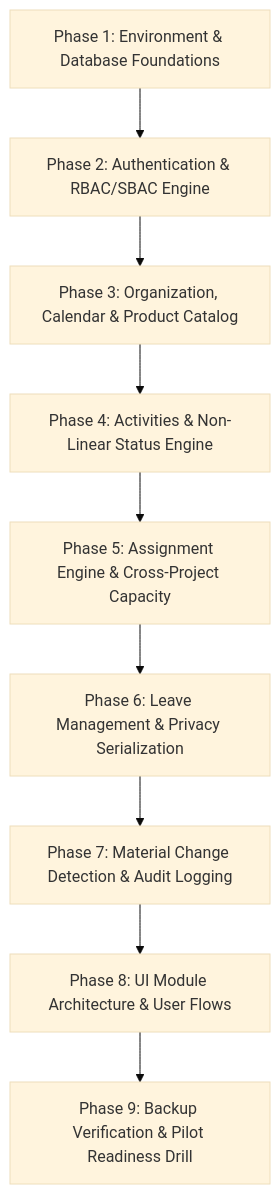
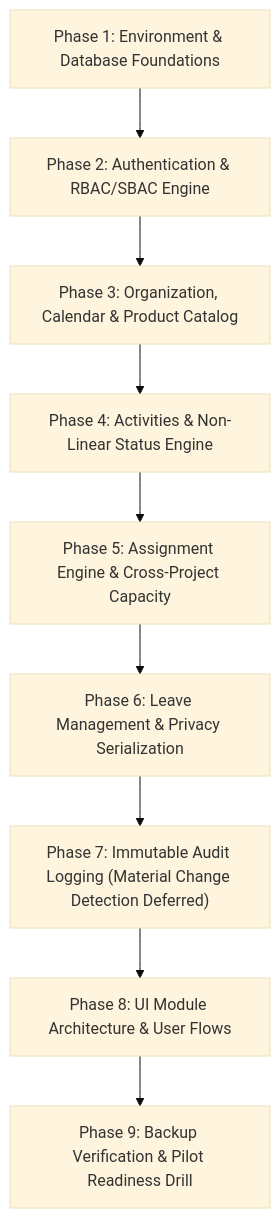
Before and after one commit to vivekaiworkspace/automotive-project-resource-management: the diagram in docs/IMPLEMENTATION_PLAN.md, drawn with Mermaid (base theme). The commit also changed other lines of this file and 14 other files, not shown here.

````diff
--- a/docs/IMPLEMENTATION_PLAN.md
+++ b/docs/IMPLEMENTATION_PLAN.md
@@ -23,11 +23,11 @@
 ```mermaid
 graph TD
     P1["Phase 1: Environment & Database Foundations"] --> P2["Phase 2: Authentication & RBAC/SBAC Engine"]
     P2 --> P3["Phase 3: Organization, Calendar & Product Catalog"]
     P3 --> P4["Phase 4: Activities & Non-Linear Status Engine"]
     P4 --> P5["Phase 5: Assignment Engine & Cross-Project Capacity"]
     P5 --> P6["Phase 6: Leave Management & Privacy Serialization"]
-    P6 --> P7["Phase 7: Material Change Detection & Audit Logging"]
+    P6 --> P7["Phase 7: Immutable Audit Logging (Material Change Detection Deferred)"]
     P7 --> P8["Phase 8: UI Module Architecture & User Flows"]
     P8 --> P9["Phase 9: Backup Verification & Pilot Readiness Drill"]
 ```
````
